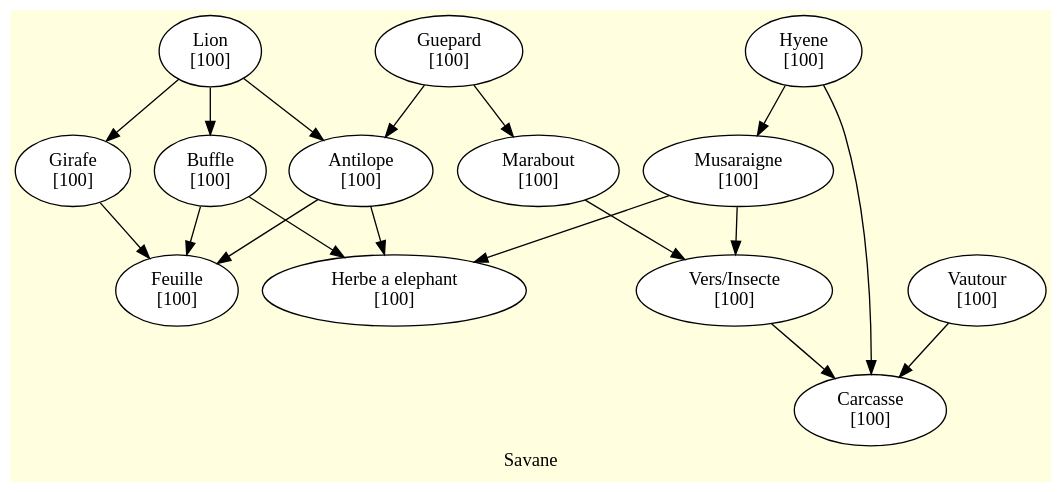
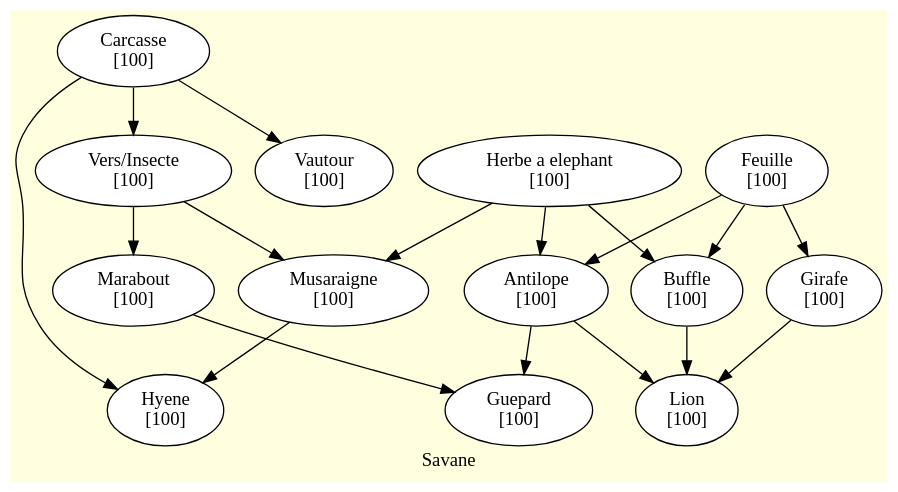
The diagram in GrapheDOT/savane.dot (GTHBgaby/4H-ReseauxTrophiques), drawn with Graphviz before and after one commit. The commit also changed 2 other files, not shown here.

Commit message:
correction du sens des 3 graphs

```diff
--- a/GrapheDOT/savane.dot
+++ b/GrapheDOT/savane.dot
@@ -1,65 +1,65 @@
 digraph multigraphe {
     rankdir=TB; // du haut vers le bas
     compound=true;
     newrank=true;
 
     label = "Savane";
     bgcolor = "lightyellow";
     node [shape=ellipse, style=filled, fillcolor=white];
 
     "Musaraigne" [label="Musaraigne\n[100]"]
     "Herbe a elephant" [label="Herbe a elephant\n[100]"]
     "Antilope" [label="Antilope\n[100]"]
     "Buffle" [label="Buffle\n[100]"]
     "Feuille" [label="Feuille\n[100]"]
     "Girafe" [label="Girafe\n[100]"]
     "Vers/Insecte" [label="Vers/Insecte\n[100]"]
     "Carcasse" [label="Carcasse\n[100]"]
     "Hyene" [label="Hyene\n[100]"]
     "Vautour" [label="Vautour\n[100]"]
     "Marabout" [label="Marabout\n[100]"]
     "Guepard" [label="Guepard\n[100]"]
     "Lion" [label="Lion\n[100]"]
 
     // Relations
-    "Musaraigne" -> "Herbe a elephant"
-    "Antilope" -> "Herbe a elephant"
-    "Buffle" -> "Herbe a elephant"
+    "Herbe a elephant"->"Musaraigne"
+    "Herbe a elephant"->"Antilope"
+    "Herbe a elephant"->"Buffle"
 
-    "Antilope" -> "Feuille"
-    "Buffle" -> "Feuille"
-    "Girafe" -> "Feuille"
+    "Feuille"->"Antilope"
+    "Feuille"->"Buffle"
+    "Feuille"->"Girafe"
 
-    "Vers/Insecte" -> "Carcasse"
-    "Hyene" -> "Carcasse"
-    "Vautour" -> "Carcasse"
+    "Carcasse"->"Vers/Insecte"
+    "Carcasse"->"Hyene"
+    "Carcasse" ->"Vautour"
 
-    "Marabout" -> "Vers/Insecte"
-    "Musaraigne" -> "Vers/Insecte"
+    "Vers/Insecte" ->"Marabout"
+    "Vers/Insecte"->"Musaraigne"
 
-    "Guepard" -> "Marabout"
+    "Marabout" ->"Guepard"
 
-    "Hyene" -> "Musaraigne"
+    "Musaraigne"->"Hyene"
 
-    "Guepard" -> "Antilope"
-    "Lion" -> "Antilope"
+    "Antilope"->"Guepard"
+    "Antilope" ->"Lion"
 
-    "Lion" -> "Buffle"
+    "Buffle" ->"Lion"
 
-    "Lion" -> "Girafe"
+    "Girafe" ->"Lion"
 
-    // Force la disposition
+   // Force la disposition
     {rank=same; "Herbe a elephant"}
     {rank=same; Feuille}
     {rank=same; Carcasse}
     {rank=same; "Vers/Insecte"}
     {rank=same; Marabout}
     {rank=same; Musaraigne}
     {rank=same; Antilope}
     {rank=same; Buffle}
     {rank=same; Girafe}
     {rank=same; Hyene}
     {rank=same; Guepard}
     {rank=same; Lion}
     {rank=same; Vautour}
 }
```
